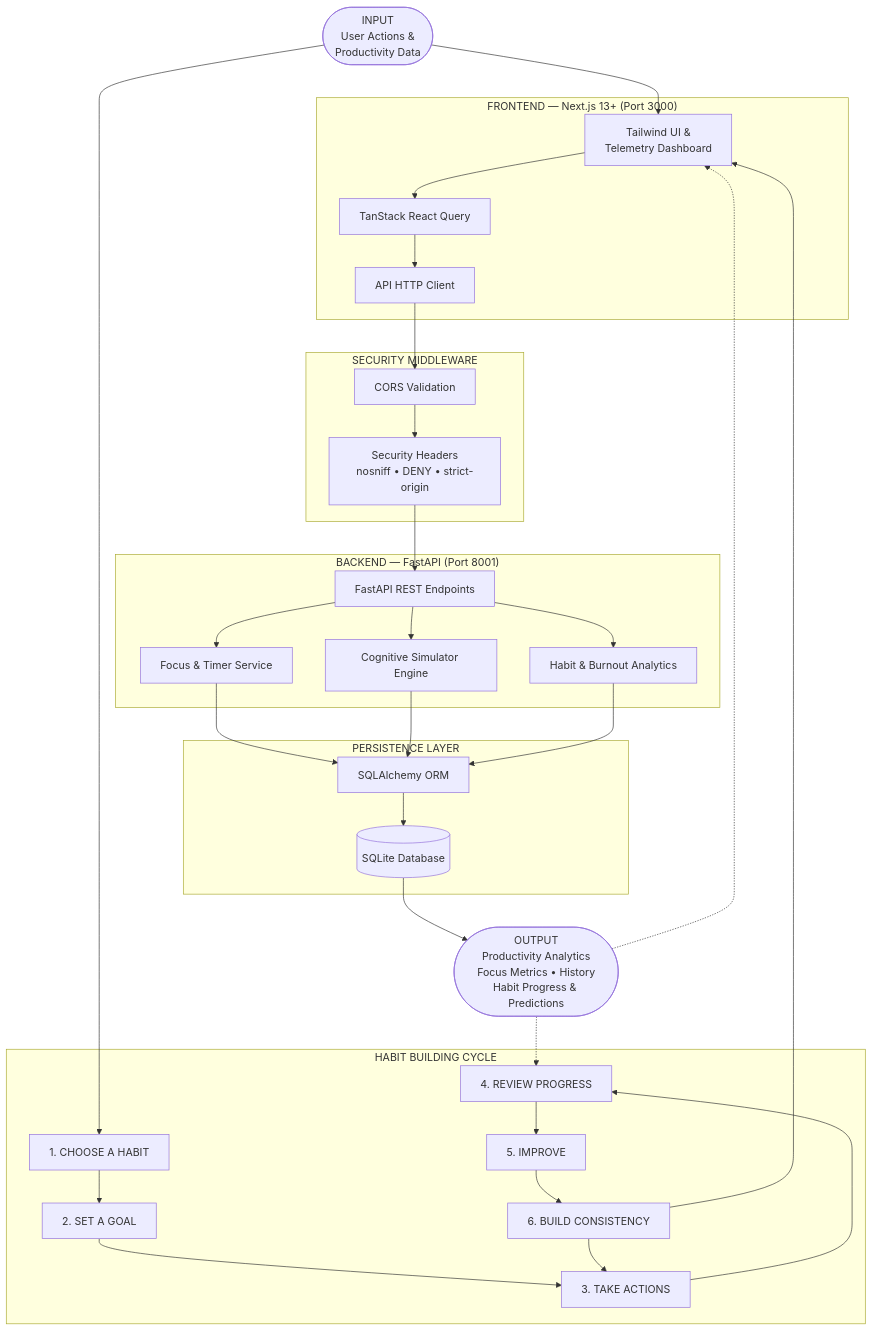
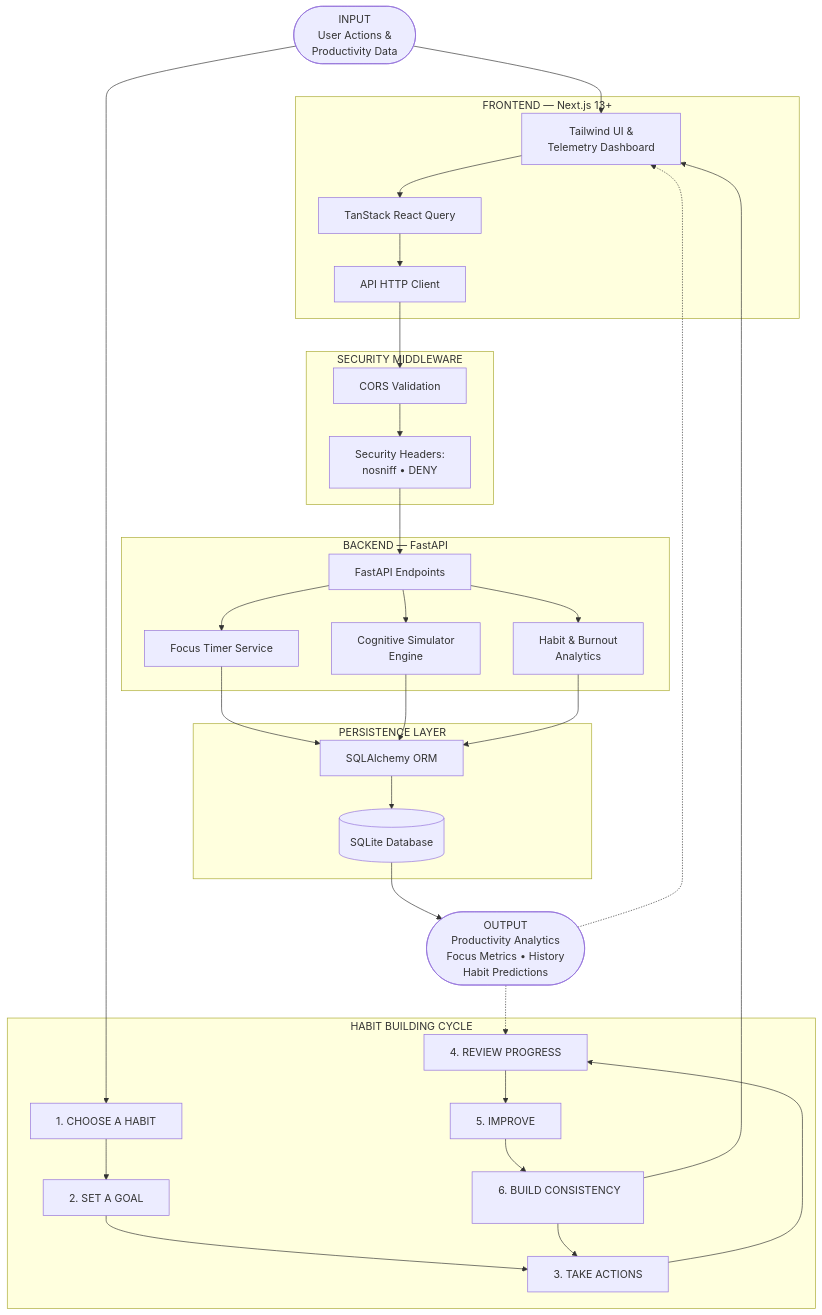
One commit to ISBANDURAHUMAN-R/LIFE_CORE changed the diagram in README.md. Above: the diagram before and after it, drawn with Mermaid.

Commit message:
docs: fix Mermaid label truncation with line wrapping and non-clipping padding

````diff
--- a/README.md
+++ b/README.md
@@ -23,60 +23,60 @@
 ```mermaid
 flowchart TD
-    A(["INPUT<br/>User Actions &amp;<br/>Productivity Data"])
+    A(["&nbsp;&nbsp;&nbsp; INPUT &nbsp;&nbsp;&nbsp;<br/>&nbsp; User Actions &amp; &nbsp;<br/>&nbsp; Productivity Data &nbsp;"])
 
-    subgraph Habit ["HABIT BUILDING CYCLE"]
-        H1["1. CHOOSE A HABIT"]
-        H2["2. SET A GOAL"]
-        H3["3. TAKE ACTIONS"]
-        H4["4. REVIEW PROGRESS"]
-        H5["5. IMPROVE"]
-        H6["6. BUILD CONSISTENCY"]
+    subgraph Habit ["&nbsp; HABIT BUILDING CYCLE &nbsp;"]
+        H1["&nbsp; 1. CHOOSE A HABIT &nbsp;"]
+        H2["&nbsp; 2. SET A GOAL &nbsp;"]
+        H3["&nbsp; 3. TAKE ACTIONS &nbsp;"]
+        H4["&nbsp; 4. REVIEW PROGRESS &nbsp;"]
+        H5["&nbsp; 5. IMPROVE &nbsp;"]
+        H6["&nbsp; 6. BUILD CONSISTENCY &nbsp;"]
 
         H1 --> H2 --> H3 --> H4 --> H5 --> H6
         H6 --> H3
     end
 
-    subgraph Frontend ["FRONTEND — Next.js 13+ (Port 3000)"]
-        B["Tailwind UI &amp;<br/>Telemetry Dashboard"]
-        C["TanStack React Query"]
-        D["API HTTP Client"]
+    subgraph Frontend ["&nbsp; FRONTEND — Next.js 13+ &nbsp;"]
+        B["&nbsp; Tailwind UI &amp; &nbsp;<br/>&nbsp; Telemetry Dashboard &nbsp;"]
+        C["&nbsp; TanStack React Query &nbsp;"]
+        D["&nbsp; API HTTP Client &nbsp;"]
         B --> C --> D
     end
 
-    subgraph Security ["SECURITY MIDDLEWARE"]
-        E["CORS Validation"]
-        F["Security Headers<br/>nosniff • DENY • strict-origin"]
+    subgraph Security ["&nbsp; SECURITY MIDDLEWARE &nbsp;"]
+        E["&nbsp; CORS Validation &nbsp;"]
+        F["&nbsp; Security Headers: &nbsp;<br/>&nbsp; nosniff • DENY &nbsp;"]
         E --> F
     end
 
-    subgraph Backend ["BACKEND — FastAPI (Port 8001)"]
-        G["FastAPI REST Endpoints"]
-        I["Focus & Timer Service"]
-        J["Cognitive Simulator Engine"]
-        K["Habit & Burnout Analytics"]
+    subgraph Backend ["&nbsp; BACKEND — FastAPI &nbsp;"]
+        G["&nbsp; FastAPI Endpoints &nbsp;"]
+        I["&nbsp; Focus Timer Service &nbsp;"]
+        J["&nbsp; Cognitive Simulator &nbsp;<br/>&nbsp; Engine &nbsp;"]
+        K["&nbsp; Habit &amp; Burnout &nbsp;<br/>&nbsp; Analytics &nbsp;"]
 
         G --> I
         G --> J
         G --> K
     end
 
-    subgraph Storage ["PERSISTENCE LAYER"]
-        L["SQLAlchemy ORM"]
-        M[("SQLite Database")]
+    subgraph Storage ["&nbsp; PERSISTENCE LAYER &nbsp;"]
+        L["&nbsp; SQLAlchemy ORM &nbsp;"]
+        M[("&nbsp; SQLite Database &nbsp;")]
         L --> M
     end
 
-    N(["OUTPUT<br/>Productivity Analytics<br/>Focus Metrics • History<br/>Habit Progress &amp; Predictions"])
+    N(["&nbsp;&nbsp;&nbsp; OUTPUT &nbsp;&nbsp;&nbsp;<br/>&nbsp; Productivity Analytics &nbsp;<br/>&nbsp; Focus Metrics • History &nbsp;<br/>&nbsp; Habit Predictions &nbsp;"])
 
     A --> B
     A --> H1
     H6 --> B
     D --> E
     F --> G
     I --> L
     J --> L
     K --> L
     M --> N
     N -.-> B
     N -.-> H4
 ```
````
